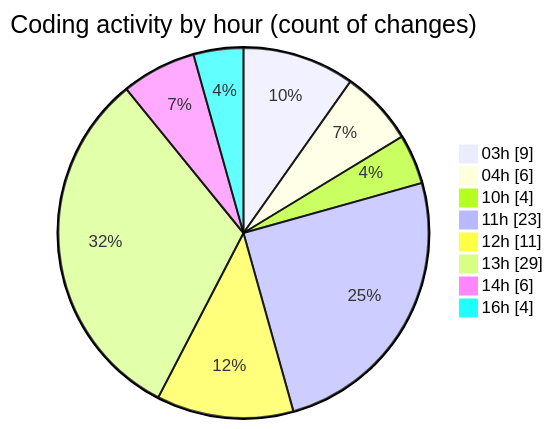
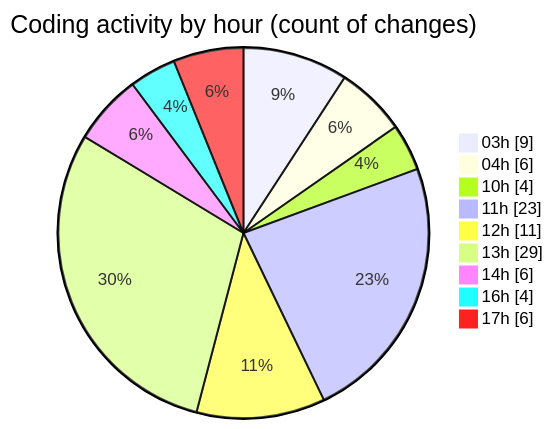
The second of 2 diagrams in 2025-10-30/eventscop-frontend-guide__workspace_/README.md (julien-gomy/code-tracking), drawn with Mermaid before and after one commit. The commit also changed other lines of this file and 1 other file, not shown here.

````diff
--- a/2025-10-30/eventscop-frontend-guide__workspace_/README.md
+++ b/2025-10-30/eventscop-frontend-guide__workspace_/README.md
@@ -45,12 +46,13 @@
 ```mermaid
 pie showData
 title Coding activity by hour (count of changes)
 "03h" : 9
 "04h" : 6
 "10h" : 4
 "11h" : 23
 "12h" : 11
 "13h" : 29
 "14h" : 6
 "16h" : 4
+"17h" : 6
 ```
````
